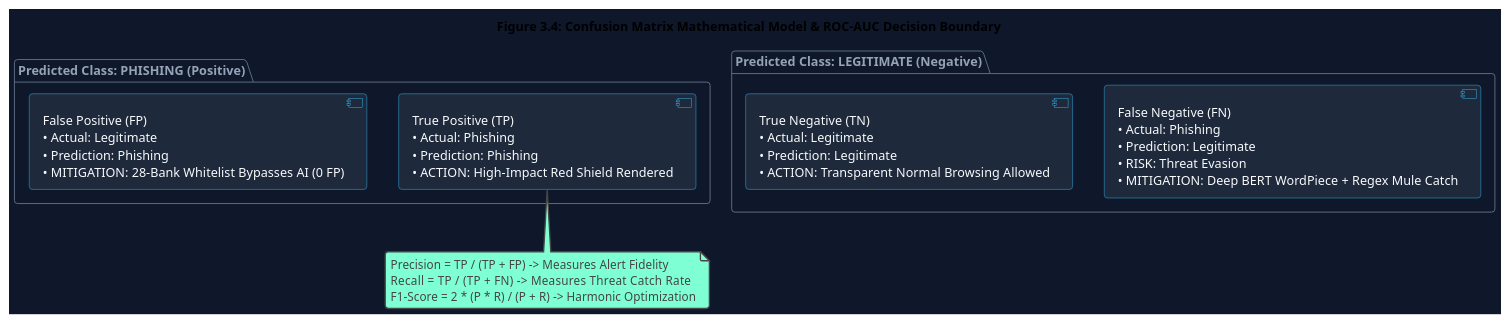
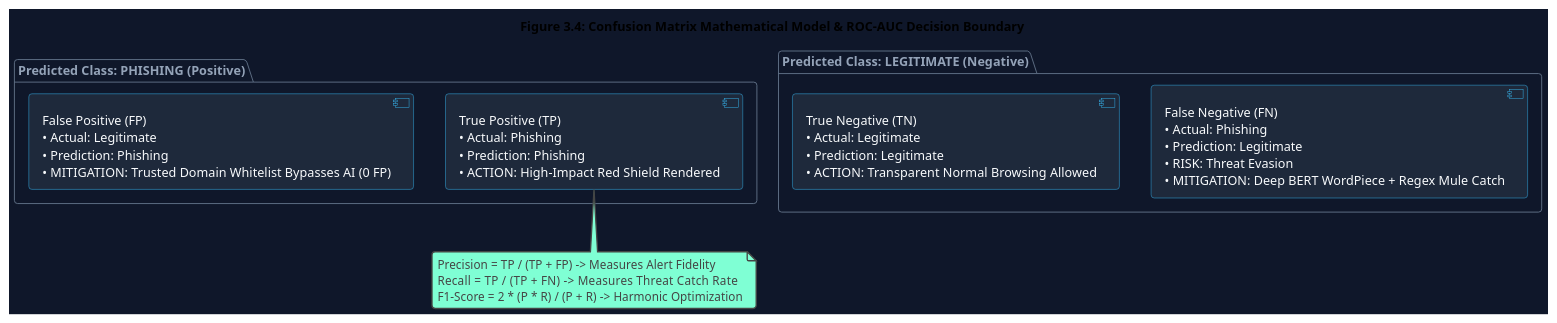
One commit to KunTheNoobie/PhishGuard-AI-Complete changed the fourth of 4 diagrams in report/diagrams/Chapter_3_Diagrams.puml. Above: the diagram before and after it, drawn with PlantUML. The commit also changed other lines of this file and 104 other files, not shown here.

```diff
--- a/report/diagrams/Chapter_3_Diagrams.puml
+++ b/report/diagrams/Chapter_3_Diagrams.puml
@@ -127,29 +127,29 @@
 @startuml Confusion_Matrix_ROC_Chapter_3
 !theme vibrant
 skinparam backgroundColor #0f172a
 skinparam ArrowColor #38bdf8
 skinparam ComponentBorderColor #38bdf8
 skinparam ComponentBackgroundColor #1e293b
 skinparam ComponentFontColor #f8fafc
 skinparam PackageBorderColor #64748b
 skinparam PackageFontColor #94a3b8
 
 title Figure 3.4: Confusion Matrix Mathematical Model & ROC-AUC Decision Boundary
 
 package "Predicted Class: PHISHING (Positive)" {
     [True Positive (TP)\n• Actual: Phishing\n• Prediction: Phishing\n• ACTION: High-Impact Red Shield Rendered] as TP
-    [False Positive (FP)\n• Actual: Legitimate\n• Prediction: Phishing\n• MITIGATION: 28-Bank Whitelist Bypasses AI (0 FP)] as FP
+    [False Positive (FP)\n• Actual: Legitimate\n• Prediction: Phishing\n• MITIGATION: Trusted Domain Whitelist Bypasses AI (0 FP)] as FP
 }
 
 package "Predicted Class: LEGITIMATE (Negative)" {
     [False Negative (FN)\n• Actual: Phishing\n• Prediction: Legitimate\n• RISK: Threat Evasion\n• MITIGATION: Deep BERT WordPiece + Regex Mule Catch] as FN
     [True Negative (TN)\n• Actual: Legitimate\n• Prediction: Legitimate\n• ACTION: Transparent Normal Browsing Allowed] as TN
 }
 
 note bottom of TP
   Precision = TP / (TP + FP)  -> Measures Alert Fidelity
   Recall    = TP / (TP + FN)  -> Measures Threat Catch Rate
   F1-Score  = 2 * (P * R) / (P + R) -> Harmonic Optimization
 end note
 
 @enduml
```
